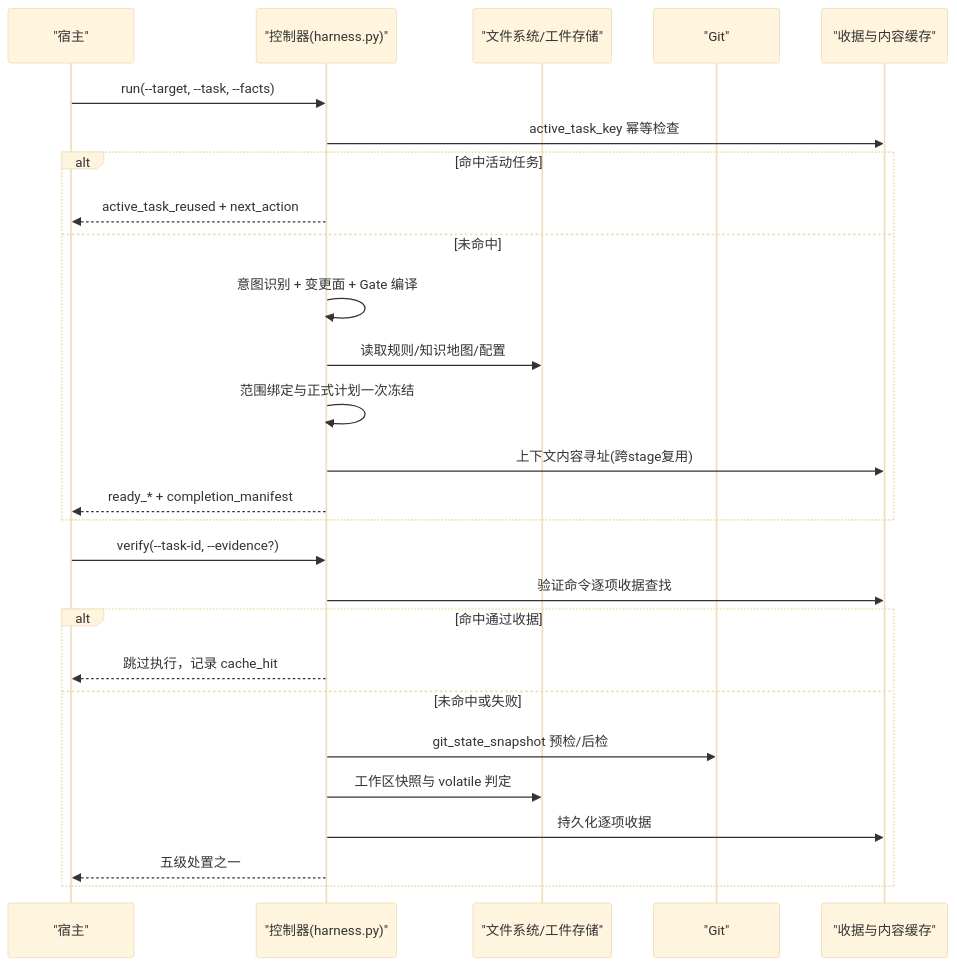
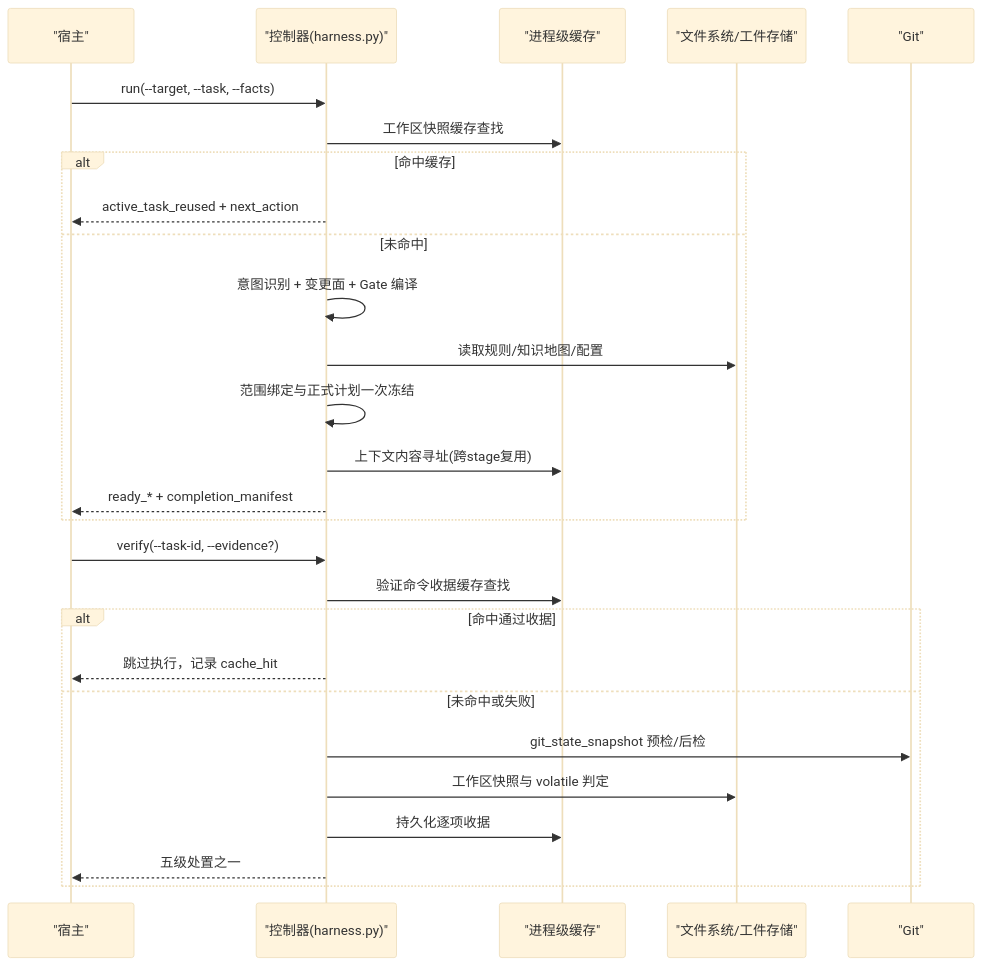
Before and after one commit to HackSing/docs-harness: the second of 8 diagrams in .qoder/repowiki/zh/content/高级主题/性能优化/性能优化.md, drawn with Mermaid (base theme). The commit also changed other lines of this file and 45 other files, not shown here.

First line of the commit message:
feat(harness): v1.7.6 按变更面选择验证强度、git_commit 受控意图与关键词 Gate 路由移除

````diff
--- a/.qoder/repowiki/zh/content/高级主题/性能优化/性能优化.md
+++ b/.qoder/repowiki/zh/content/高级主题/性能优化/性能优化.md
@@ -84,29 +93,29 @@
 ```mermaid
 sequenceDiagram
 participant Host as "宿主"
 participant Ctrl as "控制器(harness.py)"
+participant Cache as "进程级缓存"
 participant FS as "文件系统/工件存储"
 participant Git as "Git"
-participant Cache as "收据与内容缓存"
 Host->>Ctrl : run(--target, --task, --facts)
-Ctrl->>Cache : active_task_key 幂等检查
-alt 命中活动任务
+Ctrl->>Cache : 工作区快照缓存查找
+alt 命中缓存
 Ctrl-->>Host : active_task_reused + next_action
 else 未命中
 Ctrl->>Ctrl : 意图识别 + 变更面 + Gate 编译
 Ctrl->>FS : 读取规则/知识地图/配置
 Ctrl->>Ctrl : 范围绑定与正式计划一次冻结
 Ctrl->>Cache : 上下文内容寻址(跨stage复用)
 Ctrl-->>Host : ready_* + completion_manifest
 end
 Host->>Ctrl : verify(--task-id, --evidence?)
-Ctrl->>Cache : 验证命令逐项收据查找
+Ctrl->>Cache : 验证命令收据缓存查找
 alt 命中通过收据
 Ctrl-->>Host : 跳过执行，记录 cache_hit
 else 未命中或失败
 Ctrl->>Git : git_state_snapshot 预检/后检
 Ctrl->>FS : 工作区快照与 volatile 判定
 Ctrl->>Cache : 持久化逐项收据
 Ctrl-->>Host : 五级处置之一
 end
 ```
````
